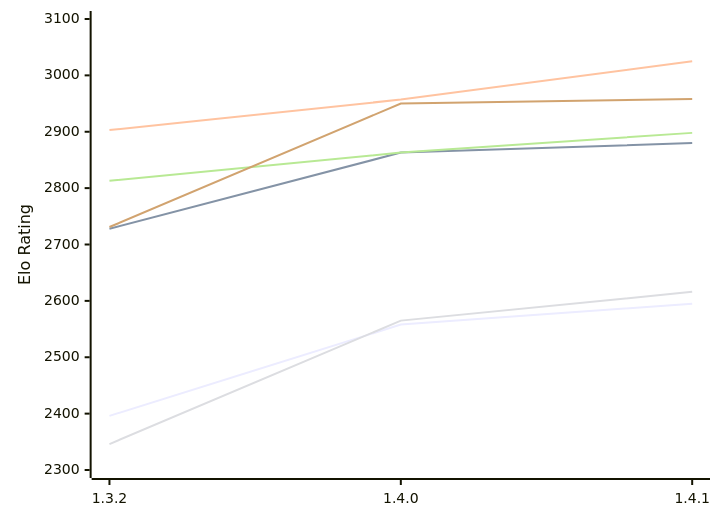
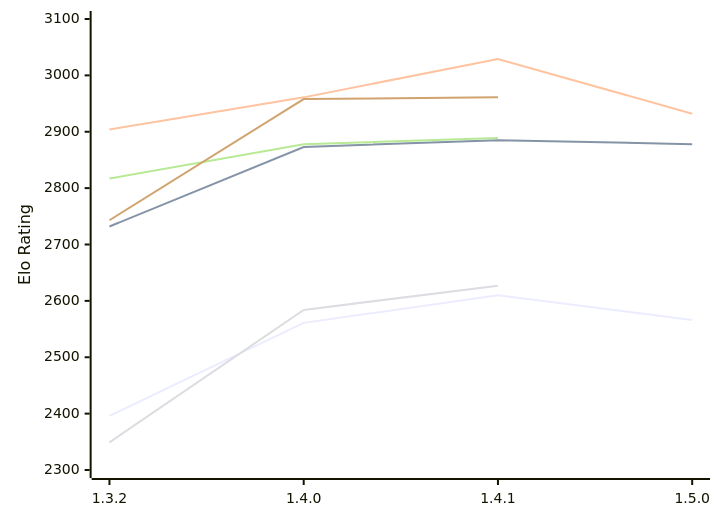
Before and after one commit to computer-chess-index/cci: the diagram in engines/Maharajah.md, drawn with Mermaid. The commit also changed other lines of this file, not shown here.

Commit message:
Update CCI Ratings (ELO VLTC) - 2026-11-25

````diff
--- a/engines/Maharajah.md
+++ b/engines/Maharajah.md
@@ -51,12 +52,12 @@
 ```mermaid
 %%{init: {"theme":"base","themeVariables":{"seriesColors:['#a3a3a3','#222221','#faa371']}}}%%
 xychart-beta
-  x-axis ["1.3.2", "1.4.0", "1.4.1"]
+  x-axis ["1.3.2", "1.4.0", "1.4.1", "1.5.0"]
   y-axis "Elo Rating" 2300 --> 3100
-  line "E1: STC (8.0+0.08s)" [2396, 2558, 2595]
-  line "E1: LTC (60.0+0.60s)" [2728, 2863, 2880]
-  line "E1: VLTC (2m24s+1.12s)" [2903, 2957, 3025]
-  line "P1: STC (8.0+0.08s)" [2346, 2565, 2616]
-  line "P1: LTC (60.0+0.60s)" [2813, 2863, 2898]
-  line "P1: VLTC (2m24s+1.12s)" [2731, 2950, 2958]
+  line "E1: STC (8.0+0.08s)" [2396, 2561, 2610, 2566]
+  line "E1: LTC (60.0+0.60s)" [2732, 2873, 2885, 2878]
+  line "E1: VLTC (2m24s+1.12s)" [2904, 2961, 3029, 2932]
+  line "P1: STC (8.0+0.08s)" [2349, 2584, 2627]
+  line "P1: LTC (60.0+0.60s)" [2817, 2878, 2889]
+  line "P1: VLTC (2m24s+1.12s)" [2743, 2958, 2961]
 ```
````
